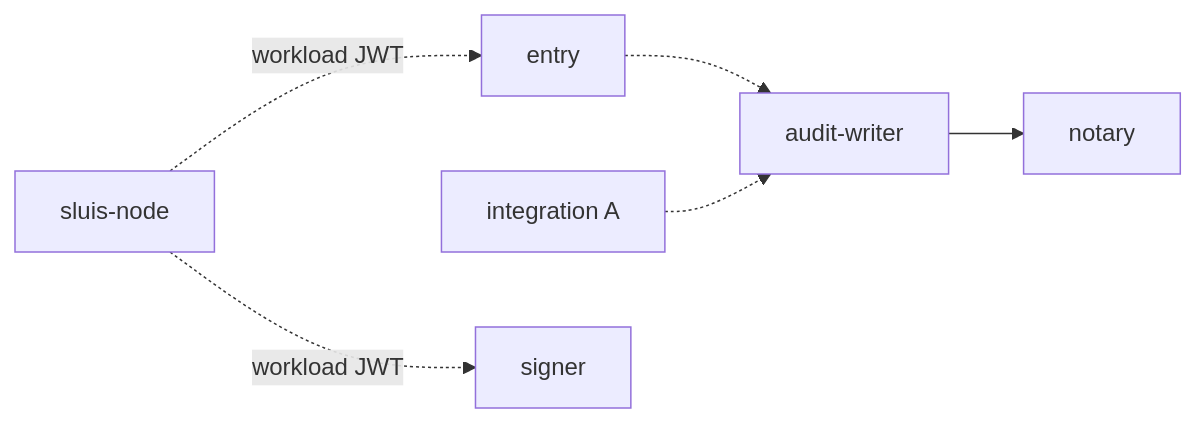
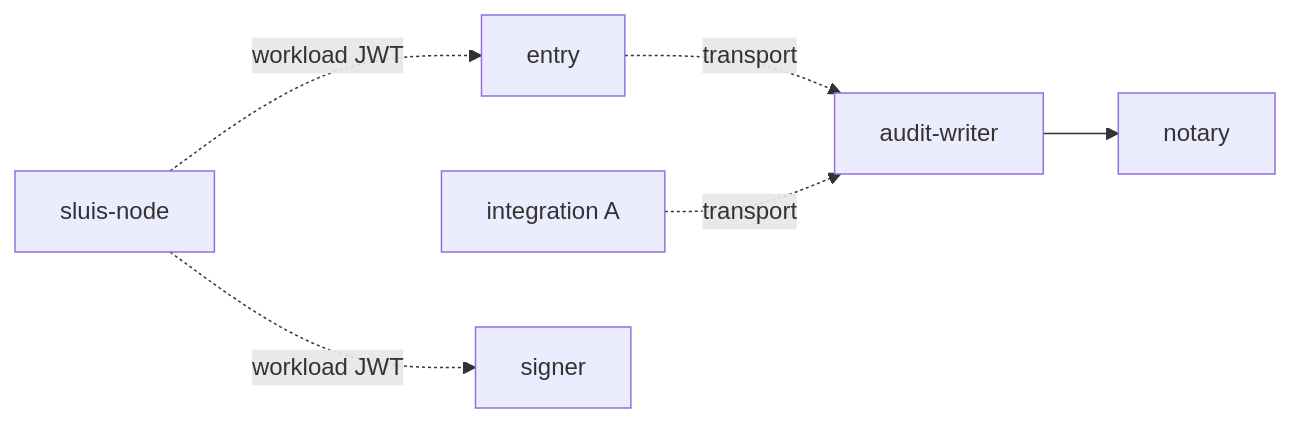
One commit to truvity/sluis changed the third of 3 diagrams in docs/architecture/processes.md. Above: the diagram before and after it, drawn with Mermaid. The commit also changed other lines of this file and 63 other files, not shown here.

````diff
--- a/docs/architecture/processes.md
+++ b/docs/architecture/processes.md
@@ -143,8 +166,8 @@
 ```mermaid
 flowchart LR
-  entry["entry"] -.-> aw["audit-writer"]
-  gh["integration A"] -.-> aw
+  entry["entry"] -.->|"transport"| aw["audit-writer"]
+  gh["integration A"] -.->|"transport"| aw
   aw --> notary["notary"]
   agent["sluis-node"] -.->|"workload JWT"| entry
   agent -.->|"workload JWT"| signer["signer"]
 ```
````
